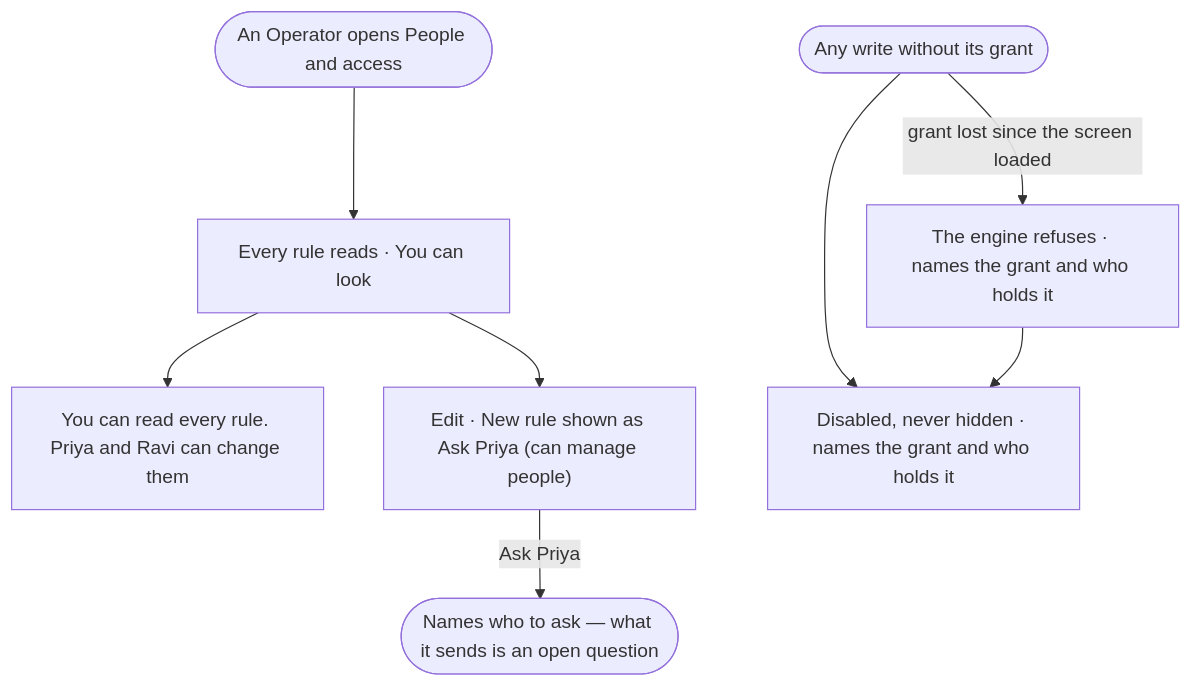
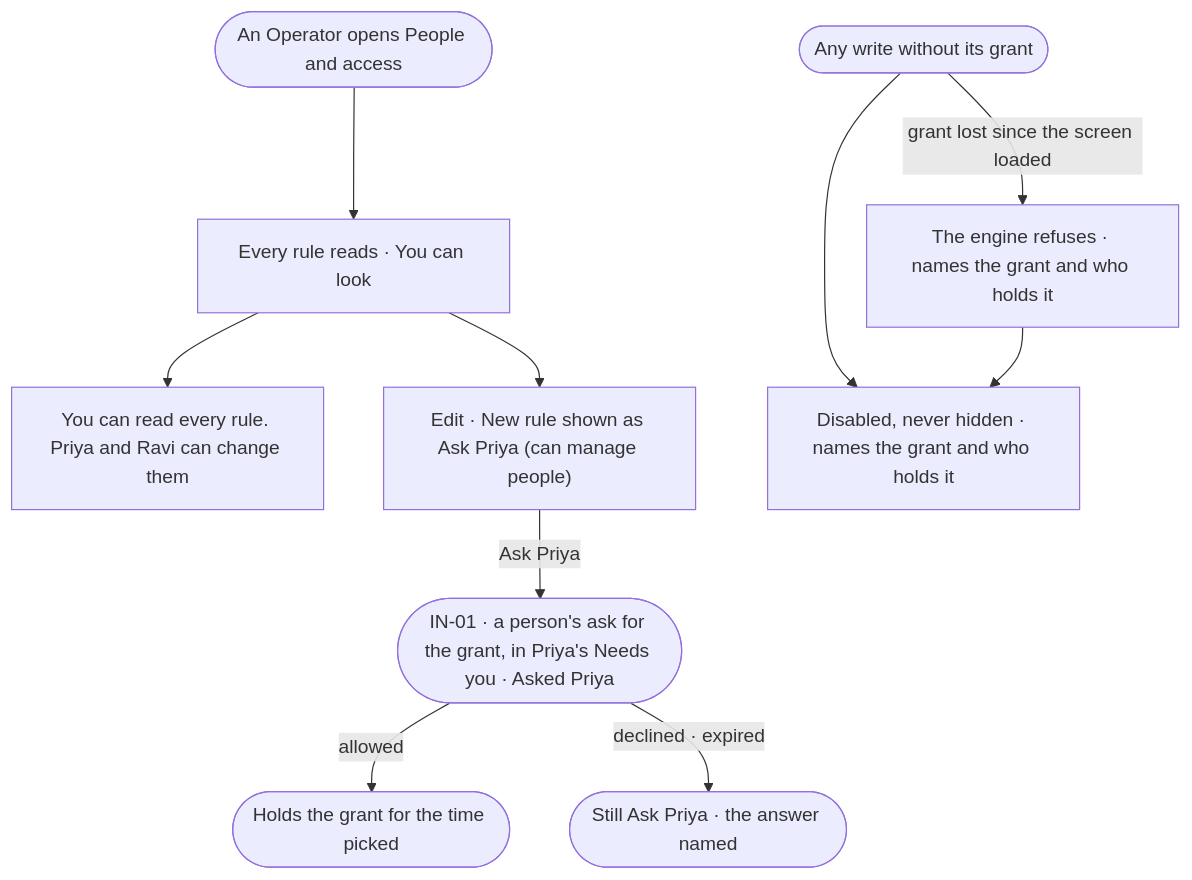
One commit to invana/invana changed the diagram in specs/products/settings/features/ST-F02-people-and-access/stories/ST-06-read-access-without-the-grant-and-know-who-to-ask/story.md. Above: the diagram before and after it, drawn with Mermaid. The commit also changed other lines of this file and 6 other files, not shown here.

````diff
--- a/specs/products/settings/features/ST-F02-people-and-access/stories/ST-06-read-access-without-the-grant-and-know-who-to-ask/story.md
+++ b/specs/products/settings/features/ST-F02-people-and-access/stories/ST-06-read-access-without-the-grant-and-know-who-to-ask/story.md
@@ -26,10 +26,12 @@
 ```mermaid
 flowchart TD
   o([An Operator opens People and access]) --> r["Every rule reads · You can look"]
   r --> n["You can read every rule. Priya and Ravi can change them"]
   r --> a["Edit · New rule shown as Ask Priya (can manage people)"]
-  a -->|Ask Priya| ib(["Names who to ask — what it sends is an open question"])
+  a -->|Ask Priya| ib(["IN-01 · a person's ask for the grant, in Priya's Needs you · Asked Priya"])
+  ib -->|allowed| g(["Holds the grant for the time picked"])
+  ib -->|declined · expired| d2(["Still Ask Priya · the answer named"])
   w([Any write without its grant]) --> d["Disabled, never hidden · names the grant and who holds it"]
   w -->|grant lost since the screen loaded| e["The engine refuses · names the grant and who holds it"]
   e --> d
 ```
````
